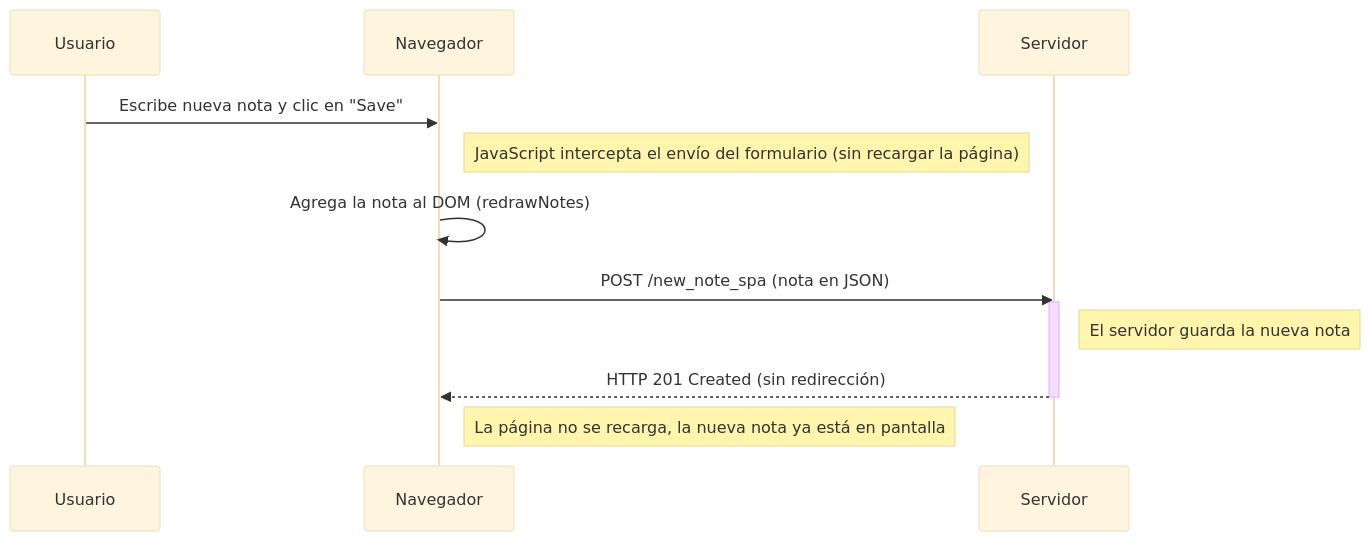
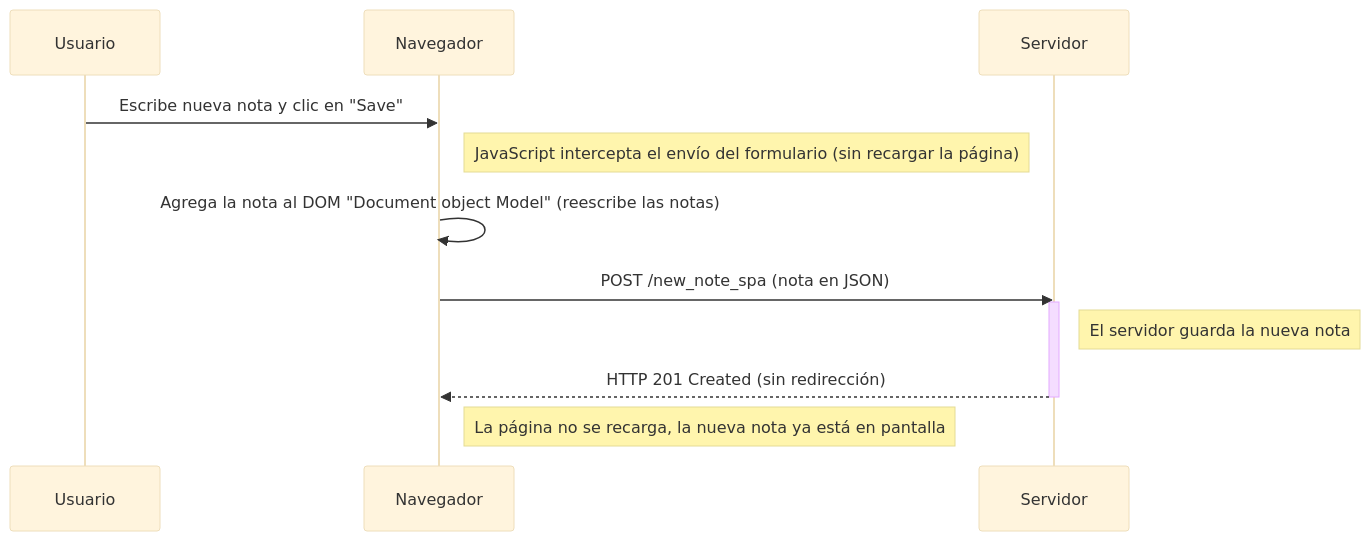
Before and after one commit to xing01/FullStackOpenYang: the diagram in part0/SinglePageAppDiagram.md, drawn with Mermaid (base theme).

Commit message:
Update details

````diff
--- a/part0/SinglePageAppDiagram.md
+++ b/part0/SinglePageAppDiagram.md
@@ -3,21 +3,21 @@
 ```mermaid
 sequenceDiagram
     participant user as Usuario
     participant browser as Navegador
     participant server as Servidor
 
     user->>browser: Escribe nueva nota y clic en "Save"
     
     Note right of browser: JavaScript intercepta el envío del formulario (sin recargar la página)
 
-    browser->>browser: Agrega la nota al DOM (redrawNotes)
+    browser->>browser: Agrega la nota al DOM "Document object Model" (reescribe las notas)
 
     browser->>server: POST /new_note_spa (nota en JSON)
     activate server
     Note right of server: El servidor guarda la nueva nota
 
     server-->>browser: HTTP 201 Created (sin redirección)
     deactivate server
 
     Note right of browser: La página no se recarga, la nueva nota ya está en pantalla
 ```
````
